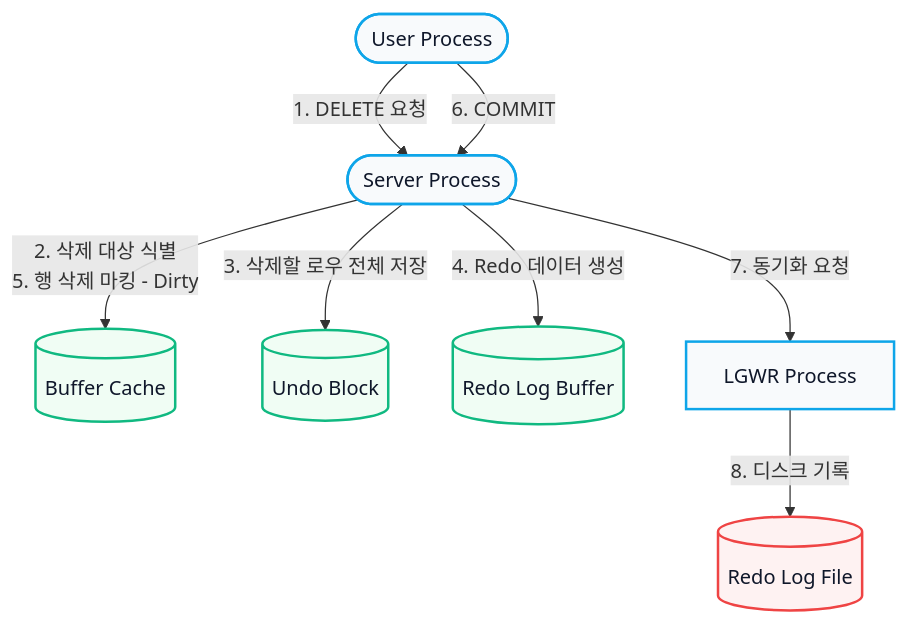
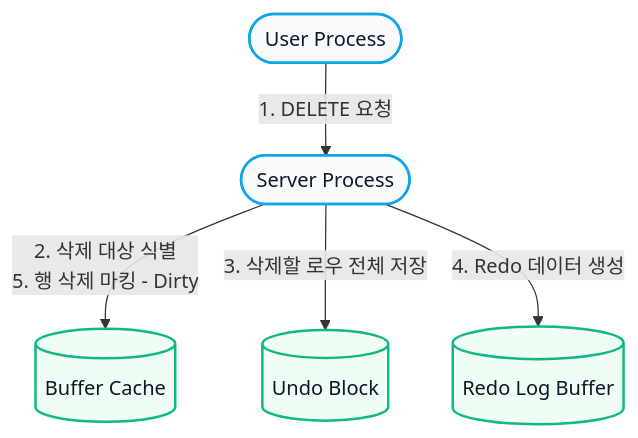
One commit to kkcskill-dot/TS_edu changed the fourth of 6 diagrams in assets/lessons/visit-service/sql_execution_flow.md. Above: the diagram before and after it, drawn with Mermaid. The commit also changed other lines of this file, not shown here.

Commit message:
docs: separate COMMIT and ROLLBACK logic from DML execution flow diagrams

````diff
--- a/assets/lessons/visit-service/sql_execution_flow.md
+++ b/assets/lessons/visit-service/sql_execution_flow.md
@@ -117,25 +105,18 @@
 ```mermaid
 flowchart TD
     UP([User Process])
     SP([Server Process])
     BC[(Buffer Cache)]
     Undo[(Undo Block)]
     Redo[(Redo Log Buffer)]
-    LGWR[LGWR Process]
-    RLF[(Redo Log File)]
 
     UP -->|"1. DELETE 요청"| SP
     SP -->|"2. 삭제 대상 식별<br/>5. 행 삭제 마킹 - Dirty"| BC
     SP -->|"3. 삭제할 로우 전체 저장"| Undo
     SP -->|"4. Redo 데이터 생성"| Redo
-    UP -->|"6. COMMIT"| SP
-    SP -->|7. 동기화 요청| LGWR
-    LGWR -->|8. 디스크 기록| RLF
 
     classDef process fill:#f8fafc,stroke:#0ea5e9,stroke-width:2px,color:#0f172a;
     classDef mem fill:#f0fdf4,stroke:#10b981,stroke-width:2px,color:#0f172a;
-    classDef disk fill:#fef2f2,stroke:#ef4444,stroke-width:2px,color:#0f172a;
-    class UP,SP,LGWR process;
+    class UP,SP process;
     class BC,Undo,Redo mem;
-    class RLF disk;
 ```
````
